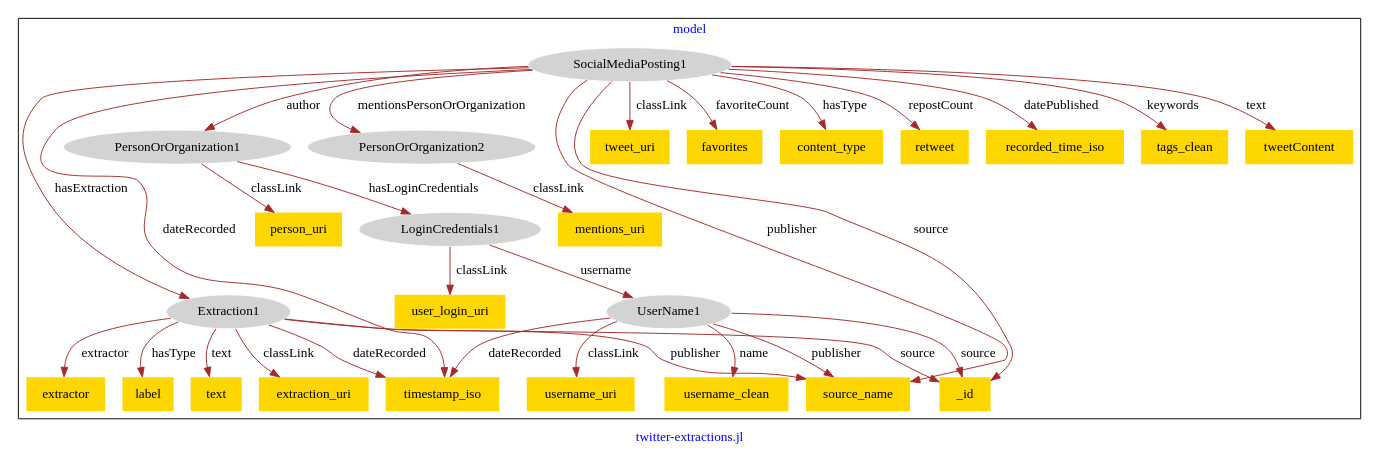
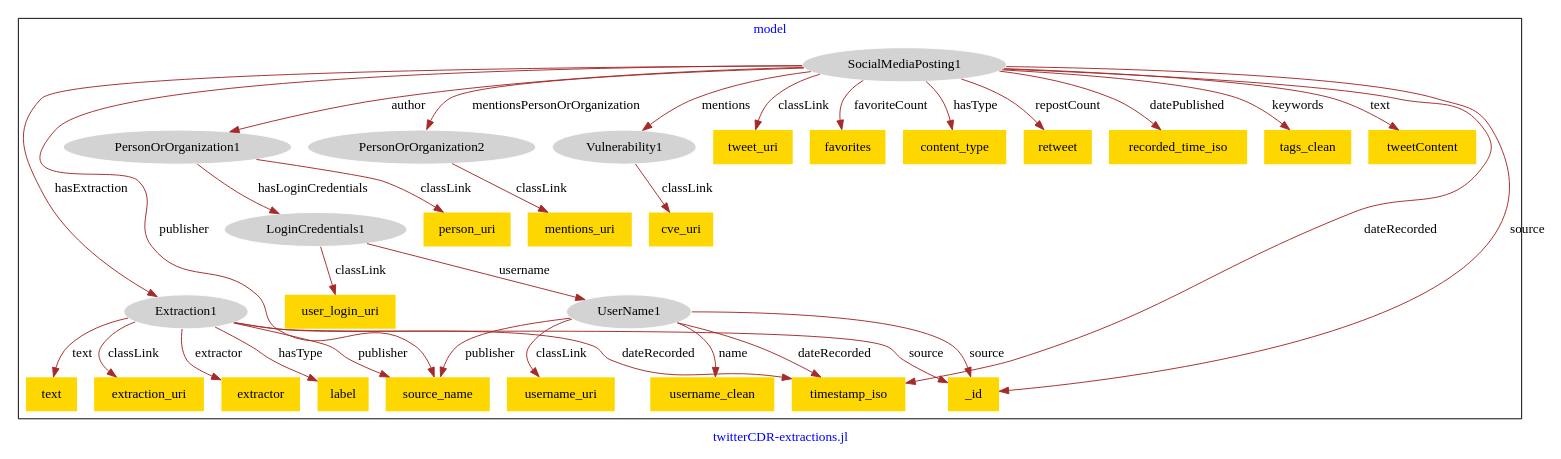
Before and after one commit to usc-isi-i2/effect-alignment: the diagram in models/asu-twitter/twitter-model.dot, drawn with Graphviz.

Commit message:
Update file twitter-model.dot

```diff
--- a/models/asu-twitter/twitter-model.dot
+++ b/models/asu-twitter/twitter-model.dot
@@ -1,63 +1,67 @@
 digraph n0 {
 fontcolor="blue"
 remincross="true"
-label="twitter-extractions.jl"
+label="twitterCDR-extractions.jl"
 subgraph cluster {
 label="model"
 n2[style="filled",color="white",fillcolor="lightgray",label="Extraction1"];
 n3[shape="plaintext",style="filled",fillcolor="gold",label="extraction_uri"];
 n4[shape="plaintext",style="filled",fillcolor="gold",label="extractor"];
 n5[shape="plaintext",style="filled",fillcolor="gold",label="label"];
-n6[shape="plaintext",style="filled",fillcolor="gold",label="text"];
-n7[style="filled",color="white",fillcolor="lightgray",label="LoginCredentials1"];
-n8[shape="plaintext",style="filled",fillcolor="gold",label="user_login_uri"];
-n9[style="filled",color="white",fillcolor="lightgray",label="UserName1"];
-n10[style="filled",color="white",fillcolor="lightgray",label="PersonOrOrganization1"];
-n11[shape="plaintext",style="filled",fillcolor="gold",label="person_uri"];
-n12[style="filled",color="white",fillcolor="lightgray",label="PersonOrOrganization2"];
-n13[shape="plaintext",style="filled",fillcolor="gold",label="mentions_uri"];
-n14[shape="plaintext",style="filled",fillcolor="gold",label="username_uri"];
-n15[shape="plaintext",style="filled",fillcolor="gold",label="timestamp_iso"];
+n6[shape="plaintext",style="filled",fillcolor="gold",label="source_name"];
+n7[shape="plaintext",style="filled",fillcolor="gold",label="text"];
+n8[style="filled",color="white",fillcolor="lightgray",label="LoginCredentials1"];
+n9[shape="plaintext",style="filled",fillcolor="gold",label="user_login_uri"];
+n10[style="filled",color="white",fillcolor="lightgray",label="UserName1"];
+n11[style="filled",color="white",fillcolor="lightgray",label="PersonOrOrganization1"];
+n12[shape="plaintext",style="filled",fillcolor="gold",label="person_uri"];
+n13[style="filled",color="white",fillcolor="lightgray",label="PersonOrOrganization2"];
+n14[shape="plaintext",style="filled",fillcolor="gold",label="mentions_uri"];
+n15[shape="plaintext",style="filled",fillcolor="gold",label="username_uri"];
 n16[shape="plaintext",style="filled",fillcolor="gold",label="username_clean"];
-n17[shape="plaintext",style="filled",fillcolor="gold",label="source_name"];
-n18[shape="plaintext",style="filled",fillcolor="gold",label="_id"];
+n17[style="filled",color="white",fillcolor="lightgray",label="Vulnerability1"];
+n18[shape="plaintext",style="filled",fillcolor="gold",label="cve_uri"];
 n19[style="filled",color="white",fillcolor="lightgray",label="SocialMediaPosting1"];
 n20[shape="plaintext",style="filled",fillcolor="gold",label="tweet_uri"];
 n21[shape="plaintext",style="filled",fillcolor="gold",label="favorites"];
 n22[shape="plaintext",style="filled",fillcolor="gold",label="content_type"];
 n23[shape="plaintext",style="filled",fillcolor="gold",label="retweet"];
 n24[shape="plaintext",style="filled",fillcolor="gold",label="recorded_time_iso"];
 n25[shape="plaintext",style="filled",fillcolor="gold",label="tags_clean"];
 n26[shape="plaintext",style="filled",fillcolor="gold",label="tweetContent"];
+n27[shape="plaintext",style="filled",fillcolor="gold",label="timestamp_iso"];
+n28[shape="plaintext",style="filled",fillcolor="gold",label="_id"];
 }
 n2 -> n3[color="brown",fontcolor="black",label="classLink"]
 n2 -> n4[color="brown",fontcolor="black",label="extractor"]
 n2 -> n5[color="brown",fontcolor="black",label="hasType"]
-n2 -> n6[color="brown",fontcolor="black",label="text"]
-n7 -> n8[color="brown",fontcolor="black",label="classLink"]
-n7 -> n9[color="brown",fontcolor="black",label="username"]
-n10 -> n11[color="brown",fontcolor="black",label="classLink"]
-n12 -> n13[color="brown",fontcolor="black",label="classLink"]
-n9 -> n14[color="brown",fontcolor="black",label="classLink"]
-n9 -> n15[color="brown",fontcolor="black",label="dateRecorded"]
-n9 -> n16[color="brown",fontcolor="black",label="name"]
-n9 -> n17[color="brown",fontcolor="black",label="publisher"]
-n9 -> n18[color="brown",fontcolor="black",label="source"]
+n2 -> n6[color="brown",fontcolor="black",label="publisher"]
+n2 -> n7[color="brown",fontcolor="black",label="text"]
+n8 -> n9[color="brown",fontcolor="black",label="classLink"]
+n8 -> n10[color="brown",fontcolor="black",label="username"]
+n11 -> n12[color="brown",fontcolor="black",label="classLink"]
+n11 -> n8[color="brown",fontcolor="black",label="hasLoginCredentials"]
+n13 -> n14[color="brown",fontcolor="black",label="classLink"]
+n10 -> n15[color="brown",fontcolor="black",label="classLink"]
+n10 -> n16[color="brown",fontcolor="black",label="name"]
+n17 -> n18[color="brown",fontcolor="black",label="classLink"]
 n19 -> n20[color="brown",fontcolor="black",label="classLink"]
 n19 -> n21[color="brown",fontcolor="black",label="favoriteCount"]
-n19 -> n2[color="brown",fontcolor="black",label="hasExtraction"]
 n19 -> n22[color="brown",fontcolor="black",label="hasType"]
-n19 -> n12[color="brown",fontcolor="black",label="mentionsPersonOrOrganization"]
 n19 -> n23[color="brown",fontcolor="black",label="repostCount"]
-n19 -> n10[color="brown",fontcolor="black",label="author"]
+n19 -> n11[color="brown",fontcolor="black",label="author"]
 n19 -> n24[color="brown",fontcolor="black",label="datePublished"]
 n19 -> n25[color="brown",fontcolor="black",label="keywords"]
-n19 -> n17[color="brown",fontcolor="black",label="publisher"]
 n19 -> n26[color="brown",fontcolor="black",label="text"]
-n10 -> n7[color="brown",fontcolor="black",label="hasLoginCredentials"]
-n19 -> n15[color="brown",fontcolor="black",label="dateRecorded"]
-n2 -> n18[color="brown",fontcolor="black",label="source"]
-n2 -> n15[color="brown",fontcolor="black",label="dateRecorded"]
-n19 -> n18[color="brown",fontcolor="black",label="source"]
-n2 -> n17[color="brown",fontcolor="black",label="publisher"]
+n2 -> n27[color="brown",fontcolor="black",label="dateRecorded"]
+n19 -> n6[color="brown",fontcolor="black",label="publisher"]
+n10 -> n28[color="brown",fontcolor="black",label="source"]
+n10 -> n27[color="brown",fontcolor="black",label="dateRecorded"]
+n19 -> n17[color="brown",fontcolor="black",label="mentions"]
+n2 -> n28[color="brown",fontcolor="black",label="source"]
+n10 -> n6[color="brown",fontcolor="black",label="publisher"]
+n19 -> n2[color="brown",fontcolor="black",label="hasExtraction"]
+n19 -> n13[color="brown",fontcolor="black",label="mentionsPersonOrOrganization"]
+n19 -> n28[color="brown",fontcolor="black",label="source"]
+n19 -> n27[color="brown",fontcolor="black",label="dateRecorded"]
 }
```
